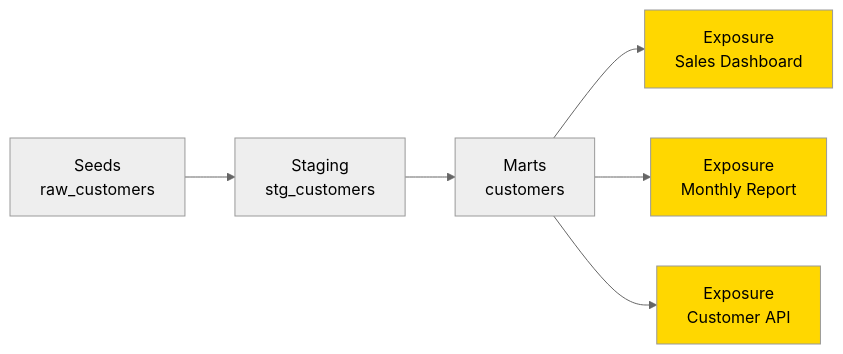
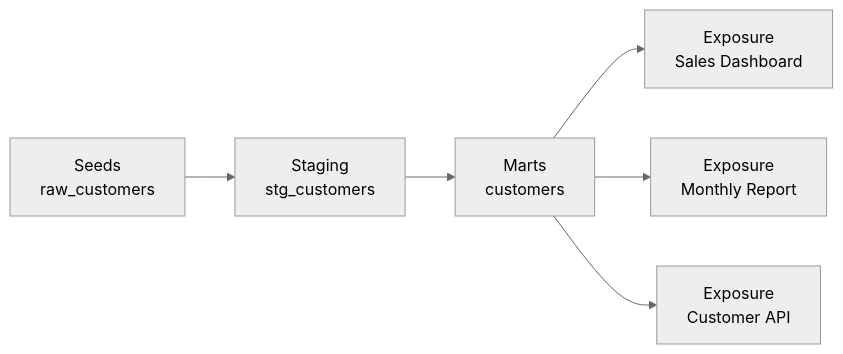
One commit to 1210yuichi0/1210yuichi0.github.io changed the third of 5 diagrams in content/Tech/dbt/categories/documentation-config.md. Above: the diagram before and after it, drawn with Mermaid (neutral theme). The commit also changed other lines of this file and 22 other files, not shown here.

First line of the commit message:
style: remove Mermaid style directives for dark mode compatibility

````diff
--- a/content/Tech/dbt/categories/documentation-config.md
+++ b/content/Tech/dbt/categories/documentation-config.md
@@ -558,12 +554,9 @@
 ```mermaid
 flowchart LR
     Seeds[Seeds<br/>raw_customers] --> Staging[Staging<br/>stg_customers]
     Staging --> Marts[Marts<br/>customers]
     Marts --> Dashboard[Exposure<br/>Sales Dashboard]
     Marts --> Report[Exposure<br/>Monthly Report]
     Marts --> API[Exposure<br/>Customer API]
 
-    style Dashboard fill:#FFD700
-    style Report fill:#FFD700
-    style API fill:#FFD700
 ```
````
